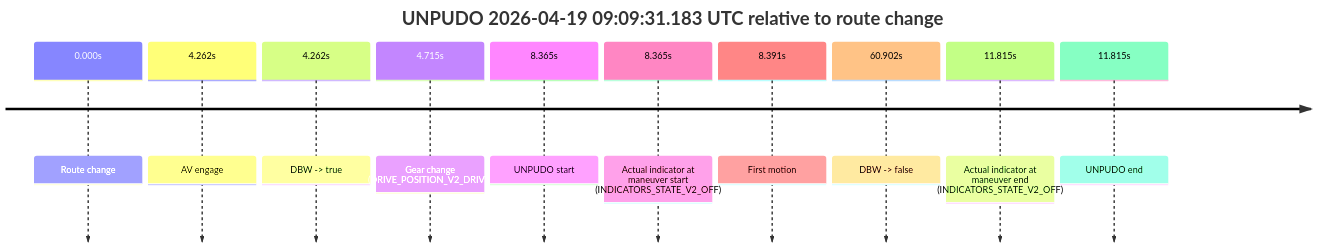
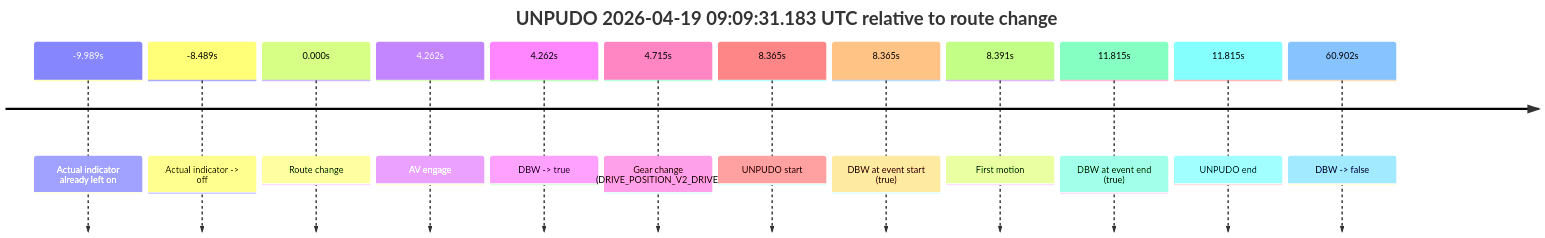
The sixth of 8 diagrams in model_analysis/report_cards/2026/04/Week-3/fme20009--2026-04-19--08-25-51--gen2-av-aefa6853-1db4-47ed-b110-00d929d8142b.md (yoelshapiro/vault), drawn with Mermaid before and after one commit. The commit also changed other lines of this file and 32 other files, not shown here.

````diff
--- a/model_analysis/report_cards/2026/04/Week-3/fme20009--2026-04-19--08-25-51--gen2-av-aefa6853-1db4-47ed-b110-00d929d8142b.md
+++ b/model_analysis/report_cards/2026/04/Week-3/fme20009--2026-04-19--08-25-51--gen2-av-aefa6853-1db4-47ed-b110-00d929d8142b.md
@@ -715,14 +510,16 @@
 ```mermaid
 timeline
     title UNPUDO 2026-04-19 09:09:31.183 UTC relative to route change
+    -9.989s : Actual indicator already left on
+    -8.489s : Actual indicator -> off
     0.000s : Route change
     4.262s : AV engage
     4.262s : DBW -> true
     4.715s : Gear change (DRIVE_POSITION_V2_DRIVE)
     8.365s : UNPUDO start
-    8.365s : Actual indicator at maneuver start (INDICATORS_STATE_V2_OFF)
+    8.365s : DBW at event start (true)
     8.391s : First motion
+    11.815s : DBW at event end (true)
+    11.815s : UNPUDO end
     60.902s : DBW -> false
-    11.815s : Actual indicator at maneuver end (INDICATORS_STATE_V2_OFF)
-    11.815s : UNPUDO end
 ```
````
